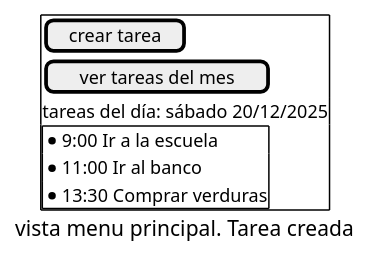
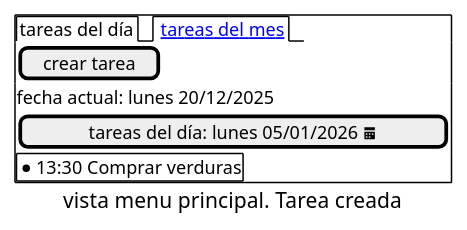
Before and after one commit to esteban4321duran/app-tareas-v1-docs: the diagram in crear-tarea/gui-mockups/tarea-creada.pu, drawn with PlantUML. The commit also changed 9 other files, not shown here.

```diff
--- a/crear-tarea/gui-mockups/tarea-creada.pu
+++ b/crear-tarea/gui-mockups/tarea-creada.pu
@@ -1,18 +1,15 @@
 @startsalt
 caption vista menu principal. Tarea creada
 {
     {+
+        {/ tareas del día |<u><color:blue> tareas del mes }
         [crear tarea]
-        [ver tareas del mes]
-
-        tareas del día: sábado 20/12/2025
-
+        fecha actual: lunes 20/12/2025
+        [tareas del día: lunes 05/01/2026 <&calendar>]
         {+
-            * 9:00 Ir a la escuela
-            * 11:00 Ir al banco
             * 13:30 Comprar verduras
         }
 
     }
 }
 @endsalt
```
